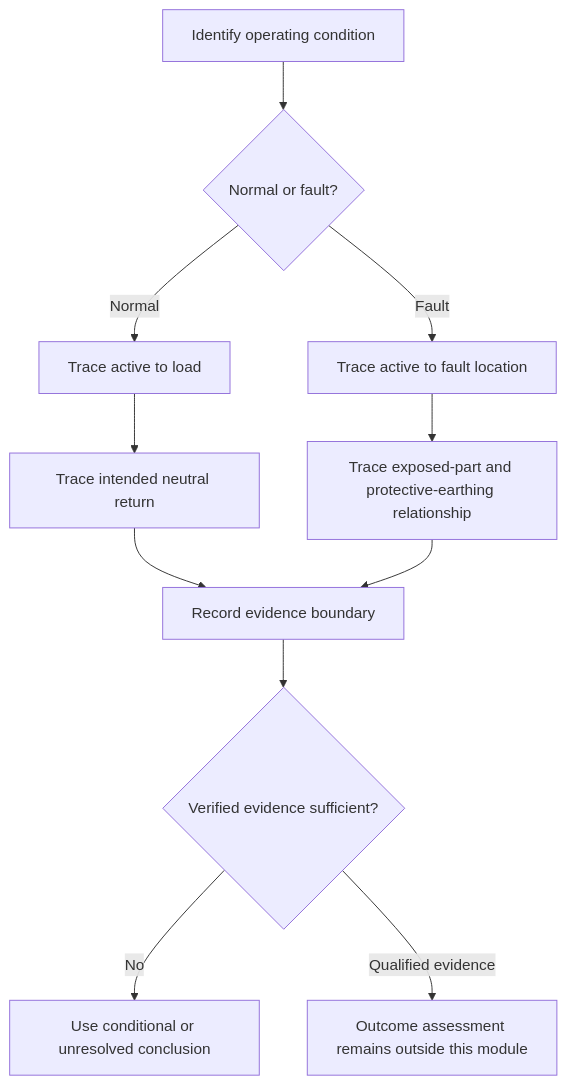
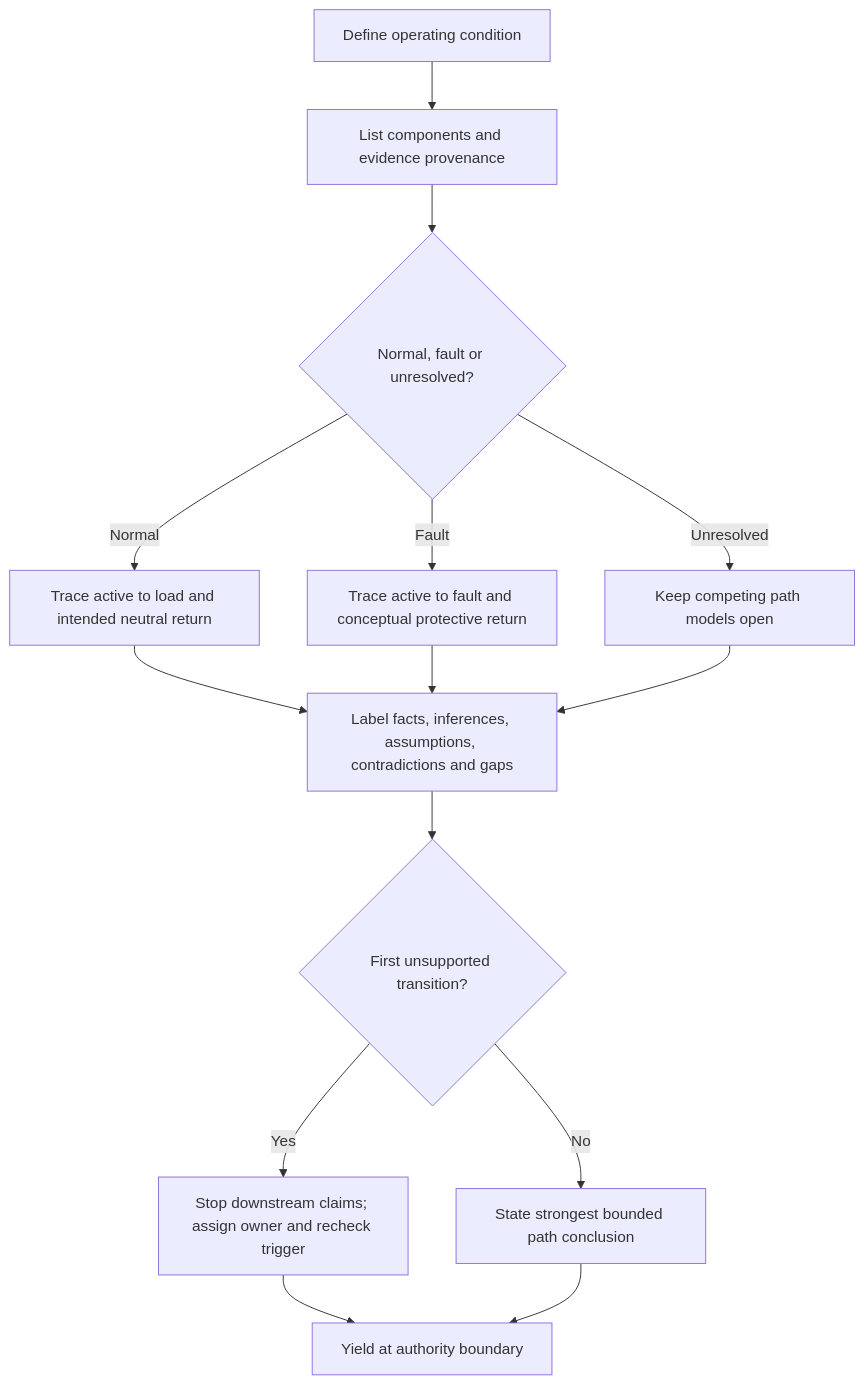
Before and after one commit to andrew3stedall/capstone: the first of 2 diagrams in docs/learning-plans/12-week/modules/day-18-men-arrangement-and-normal-current-versus-fault-current-paths.md, drawn with Mermaid. The commit also changed other lines of this file, not shown here.

Commit message:
Improve Day 18 MEN path reasoning

````diff
--- a/docs/learning-plans/12-week/modules/day-18-men-arrangement-and-normal-current-versus-fault-current-paths.md
+++ b/docs/learning-plans/12-week/modules/day-18-men-arrangement-and-normal-current-versus-fault-current-paths.md
@@ -107,13 +104,16 @@
 ```mermaid
 flowchart TD
-    A["Identify operating condition"] --> B{"Normal or fault?"}
-    B -->|"Normal"| C["Trace active to load"]
-    C --> D["Trace intended neutral return"]
-    B -->|"Fault"| E["Trace active to fault location"]
-    E --> F["Trace exposed-part and protective-earthing relationship"]
-    D --> G["Record evidence boundary"]
+    A["Define operating condition"] --> B["List components and evidence provenance"]
+    B --> C{"Normal, fault or unresolved?"}
+    C -->|"Normal"| D["Trace active to load and intended neutral return"]
+    C -->|"Fault"| E["Trace active to fault and conceptual protective return"]
+    C -->|"Unresolved"| F["Keep competing path models open"]
+    D --> G["Label facts, inferences, assumptions, contradictions and gaps"]
+    E --> G
     F --> G
-    G --> H{"Verified evidence sufficient?"}
-    H -->|"No"| I["Use conditional or unresolved conclusion"]
-    H -->|"Qualified evidence"| J["Outcome assessment remains outside this module"]
+    G --> H{"First unsupported transition?"}
+    H -->|"Yes"| I["Stop downstream claims; assign owner and recheck trigger"]
+    H -->|"No"| J["State strongest bounded path conclusion"]
+    I --> K["Yield at authority boundary"]
+    J --> K
 ```
````
